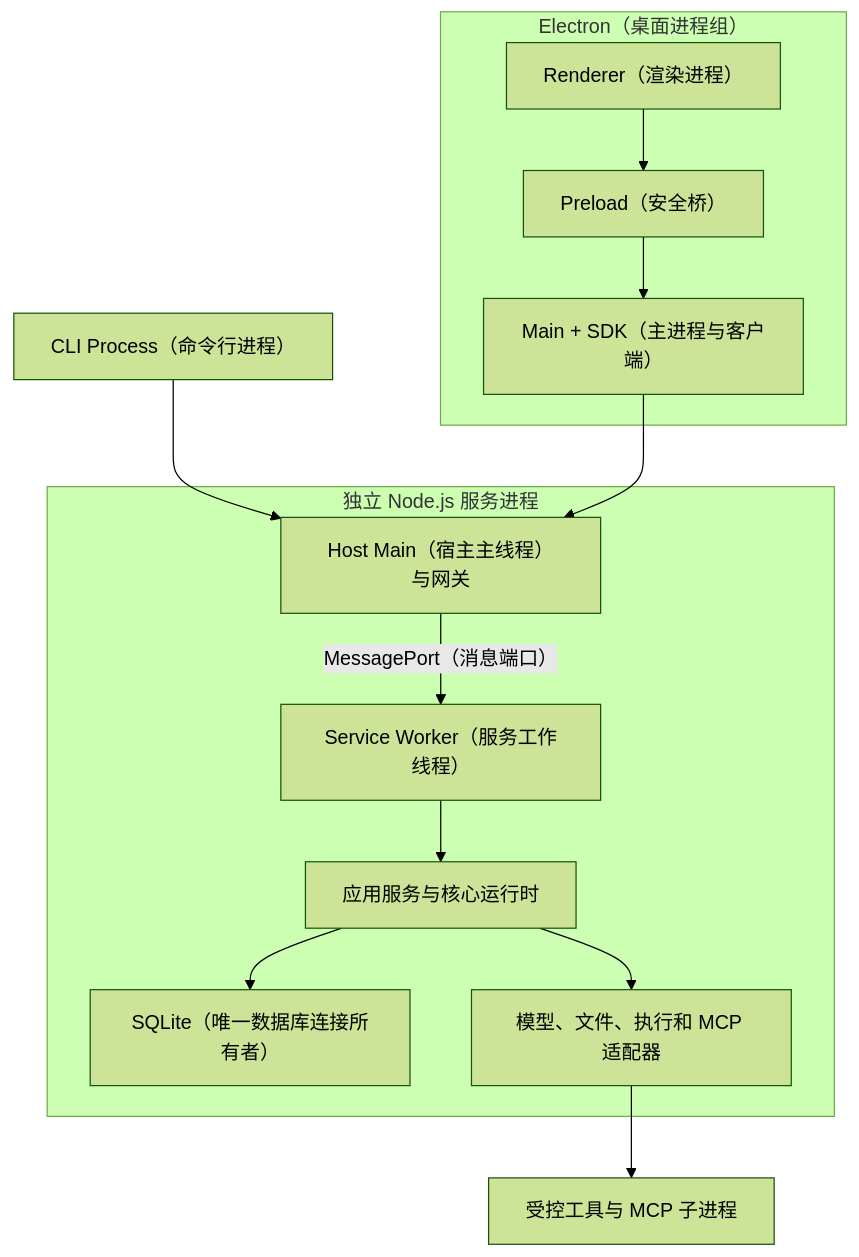
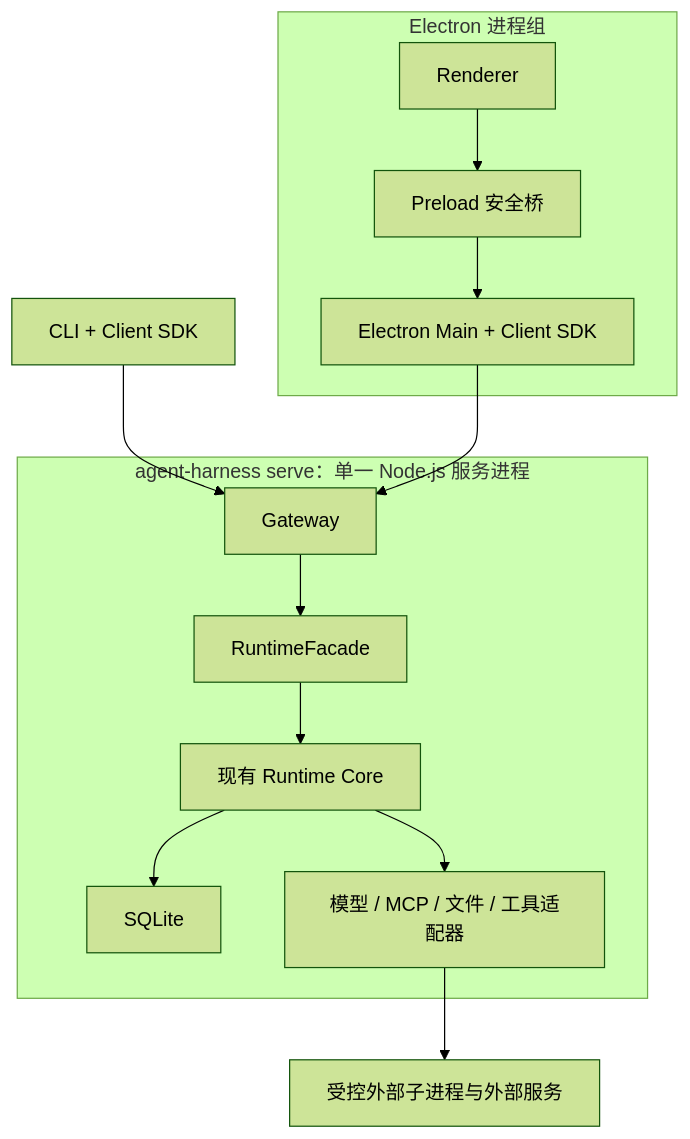
Before and after one commit to CodeDan-CN/agent-base-harness: the third of 6 diagrams in docs/阶段方案/阶段4.7.0-Runtime独立化开发架构设计.md, drawn with Mermaid (forest theme). The commit also changed other lines of this file and 53 other files, not shown here.

````diff
--- a/docs/阶段方案/阶段4.7.0-Runtime独立化开发架构设计.md
+++ b/docs/阶段方案/阶段4.7.0-Runtime独立化开发架构设计.md
@@ -128,17 +123,19 @@
 ```mermaid
 flowchart TB
-    subgraph Desktop["Electron（桌面进程组）"]
-      UI["Renderer（渲染进程）"] --> P["Preload（安全桥）"]
-      P --> EM["Main + SDK（主进程与客户端）"]
+    subgraph D["Electron 进程组"]
+      UI["Renderer"] --> P["Preload 安全桥"]
+      P --> EM["Electron Main + Client SDK"]
     end
-    C["CLI Process（命令行进程）"] --> HTTP
-    EM --> HTTP
-    subgraph Service["独立 Node.js 服务进程"]
-      HTTP["Host Main（宿主主线程）与网关"]
-      HTTP -->|"MessagePort（消息端口）"| SW
-      SW["Service Worker（服务工作线程）"] --> A["应用服务与核心运行时"]
-      A --> DB["SQLite（唯一数据库连接所有者）"]
-      A --> AD["模型、文件、执行和 MCP 适配器"]
+
+    C["CLI + Client SDK"] --> G
+    EM --> G
+
+    subgraph S["agent-harness serve：单一 Node.js 服务进程"]
+      G["Gateway"] --> F["RuntimeFacade"]
+      F --> R["现有 Runtime Core"]
+      R --> DB["SQLite"]
+      R --> AD["模型 / MCP / 文件 / 工具适配器"]
     end
-    AD --> CHILD["受控工具与 MCP 子进程"]
+
+    AD --> X["受控外部子进程与外部服务"]
 ```
````
